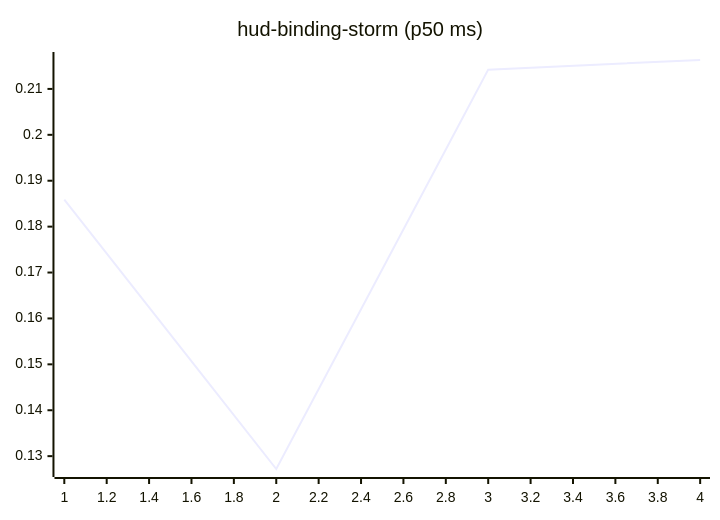
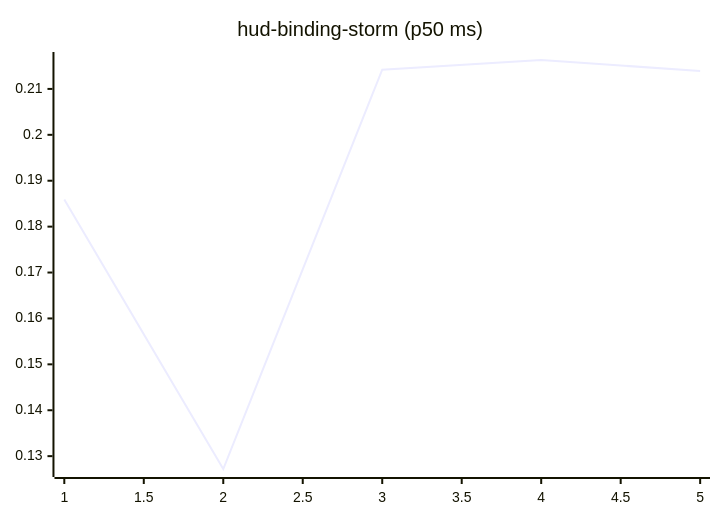
Before and after one commit to josha/Facet: the tenth of 27 diagrams in README.md, drawn with Mermaid. The commit also changed other lines of this file and 2 other files, not shown here.

````diff
--- a/README.md
+++ b/README.md
@@ -126,6 +126,6 @@
 ```mermaid
 xychart-beta
     title "hud-binding-storm (p50 ms)"
-    x-axis 1 --> 4
-    line [0.1859, 0.1272, 0.2142, 0.2163]
+    x-axis 1 --> 5
+    line [0.1859, 0.1272, 0.2142, 0.2163, 0.2139]
 ```
````
